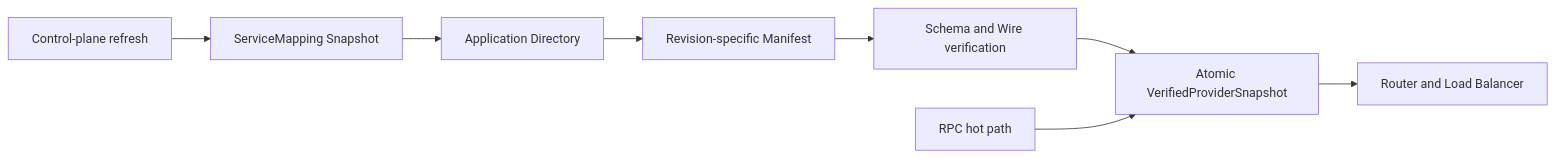
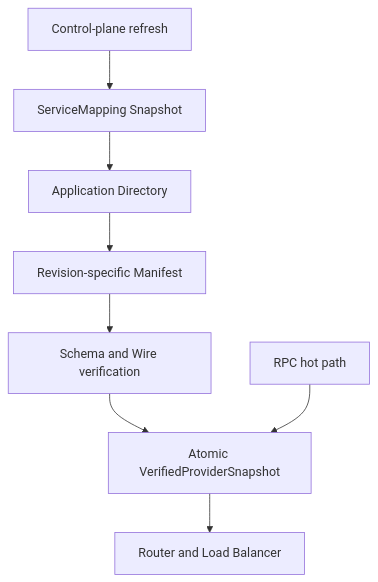
The first of 3 diagrams in docs/design/application-registry-v2.md (Ryan-Guizhou/otryx-rpc), drawn with Mermaid before and after one commit. The commit also changed other lines of this file and 33 other files, not shown here.

````diff
--- a/docs/design/application-registry-v2.md
+++ b/docs/design/application-registry-v2.md
@@ -162,10 +165,10 @@
 ```mermaid
-flowchart LR
+flowchart TD
   C[Control-plane refresh] --> M[ServiceMapping Snapshot]
   M --> A[Application Directory]
   A --> R[Revision-specific Manifest]
   R --> V[Schema and Wire verification]
   V --> P[Atomic VerifiedProviderSnapshot]
   H[RPC hot path] --> P
   P --> L[Router and Load Balancer]
 ```
````
